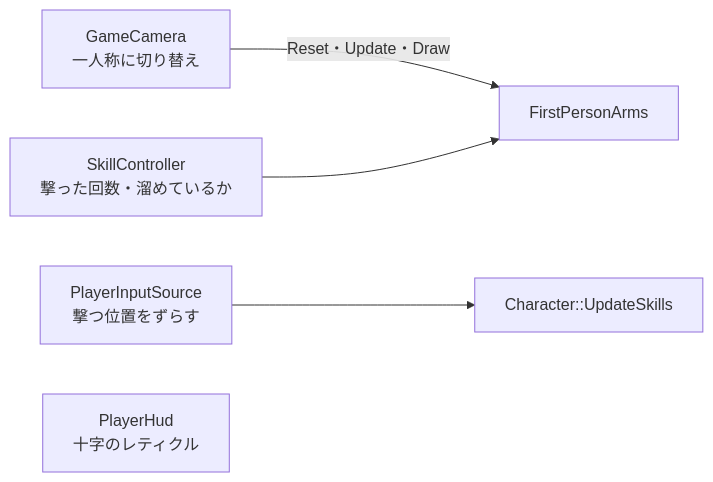
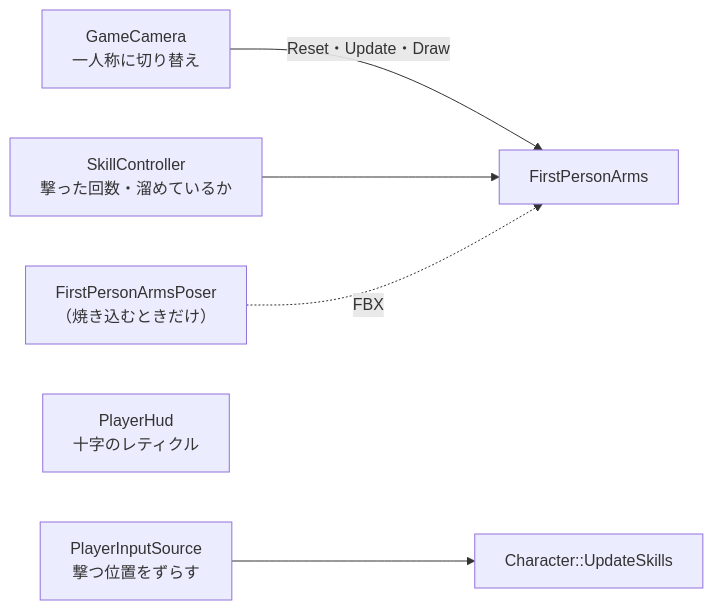
Before and after one commit to hirota-ryuki/Action: the diagram in Action/docs/ゲーム/プレイヤー/一人称の腕/一人称の腕の設計.md, drawn with Mermaid. The commit also changed other lines of this file and 15 other files, not shown here.

````diff
--- a/Action/docs/ゲーム/プレイヤー/一人称の腕/一人称の腕の設計.md
+++ b/Action/docs/ゲーム/プレイヤー/一人称の腕/一人称の腕の設計.md
@@ -23,7 +24,8 @@
 ```mermaid
 flowchart LR
     GC["GameCamera<br/>一人称に切り替え"] -->|Reset・Update・Draw| FA[FirstPersonArms]
     SC["SkillController<br/>撃った回数・溜めているか"] --> FA
     PIS["PlayerInputSource<br/>撃つ位置をずらす"] --> C[Character::UpdateSkills]
     HUD["PlayerHud<br/>十字のレティクル"]
+    P["FirstPersonArmsPoser<br/>（焼き込むときだけ）"] -.FBX.-> FA
 ```
````
